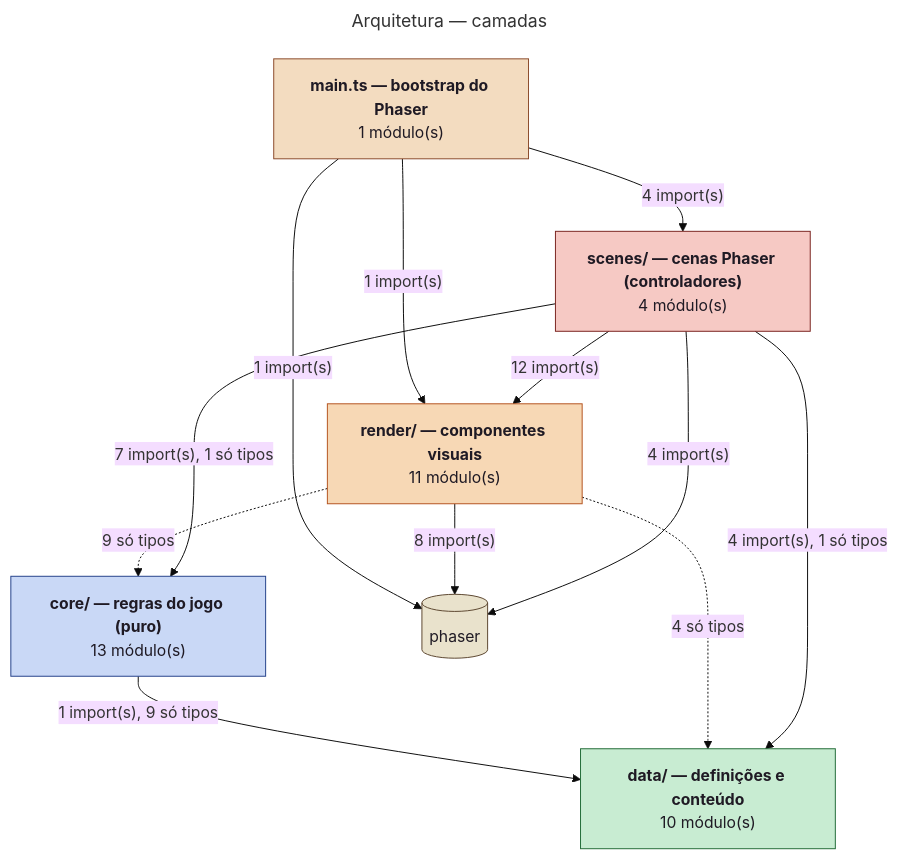
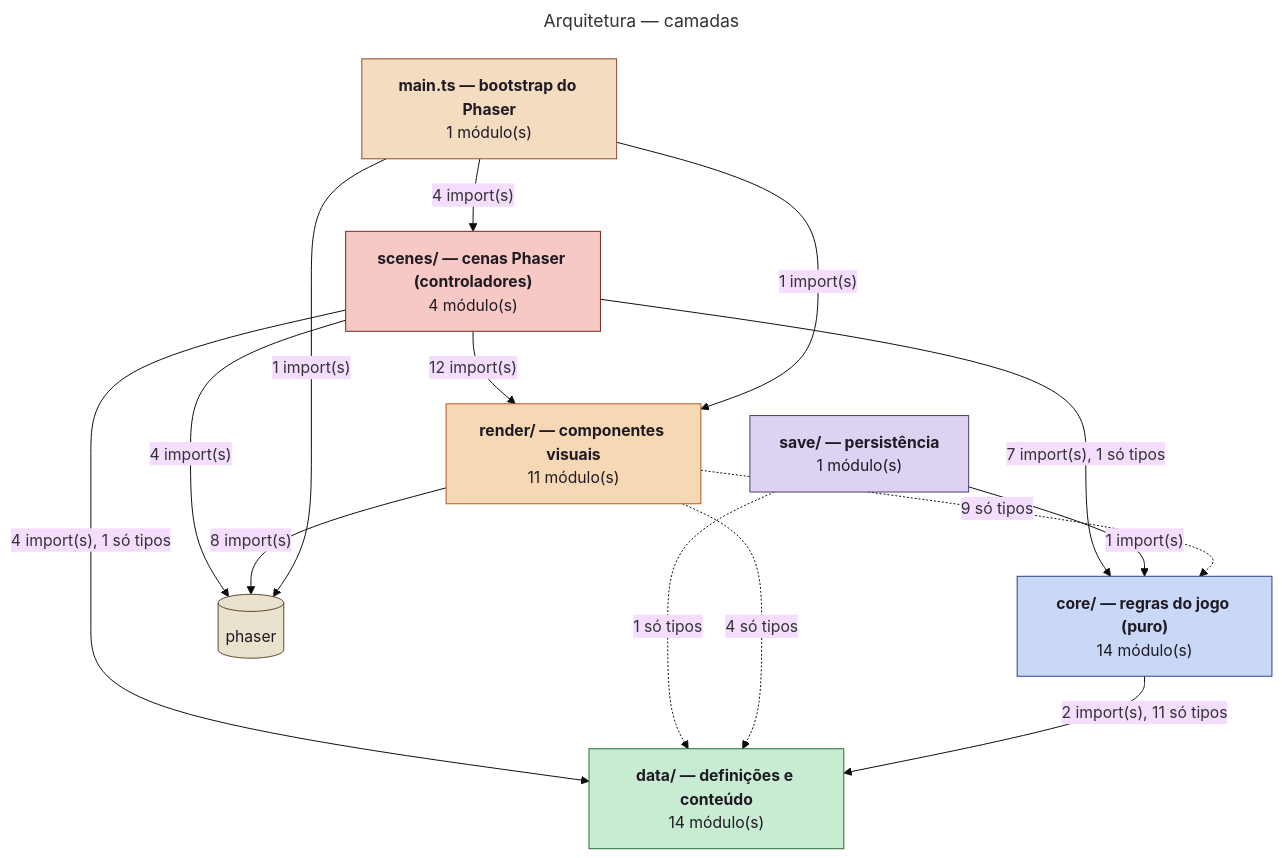
The first of 2 diagrams in docs/diagrams/architecture.md (Pitossomos/fire-crest), drawn with Mermaid (base theme) before and after one commit. The commit also changed other lines of this file and 19 other files, not shown here.

````diff
--- a/docs/diagrams/architecture.md
+++ b/docs/diagrams/architecture.md
@@ -11,30 +11,33 @@
 ```mermaid
 ---
 title: Arquitetura — camadas
 ---
 flowchart TB
   app["<b>main.ts — bootstrap do Phaser</b><br/>1 módulo(s)"]:::layer_app
   scenes["<b>scenes/ — cenas Phaser (controladores)</b><br/>4 módulo(s)"]:::layer_scenes
   render["<b>render/ — componentes visuais</b><br/>11 módulo(s)"]:::layer_render
-  core["<b>core/ — regras do jogo (puro)</b><br/>13 módulo(s)"]:::layer_core
-  data["<b>data/ — definições e conteúdo</b><br/>10 módulo(s)"]:::layer_data
+  core["<b>core/ — regras do jogo (puro)</b><br/>14 módulo(s)"]:::layer_core
+  data["<b>data/ — definições e conteúdo</b><br/>14 módulo(s)"]:::layer_data
+  save["<b>save/ — persistência</b><br/>1 módulo(s)"]:::layer_save
   ext_phaser[("phaser")]:::external
   app -->|"1 import(s)"| ext_phaser
   app -->|"1 import(s)"| render
   app -->|"4 import(s)"| scenes
-  core -->|"1 import(s), 9 só tipos"| data
+  core -->|"2 import(s), 11 só tipos"| data
   render -.->|"9 só tipos"| core
   render -.->|"4 só tipos"| data
   render -->|"8 import(s)"| ext_phaser
+  save -->|"1 import(s)"| core
+  save -.->|"1 só tipos"| data
   scenes -->|"7 import(s), 1 só tipos"| core
   scenes -->|"4 import(s), 1 só tipos"| data
   scenes -->|"4 import(s)"| ext_phaser
   scenes -->|"12 import(s)"| render
   classDef external fill:#e9e2cc,stroke:#5c4630,color:#1f1a24
   classDef layer_app fill:#f3dcc0,stroke:#8a4a2a,color:#1f1a24
   classDef layer_scenes fill:#f6c9c4,stroke:#7a2420,color:#1f1a24
   classDef layer_render fill:#f7d8b5,stroke:#b4531f,color:#1f1a24
   classDef layer_core fill:#c9d8f6,stroke:#24418a,color:#1f1a24
   classDef layer_data fill:#c8ecd2,stroke:#226b37,color:#1f1a24
   classDef layer_save fill:#ddd2f2,stroke:#4b3a6b,color:#1f1a24
 ```
````
